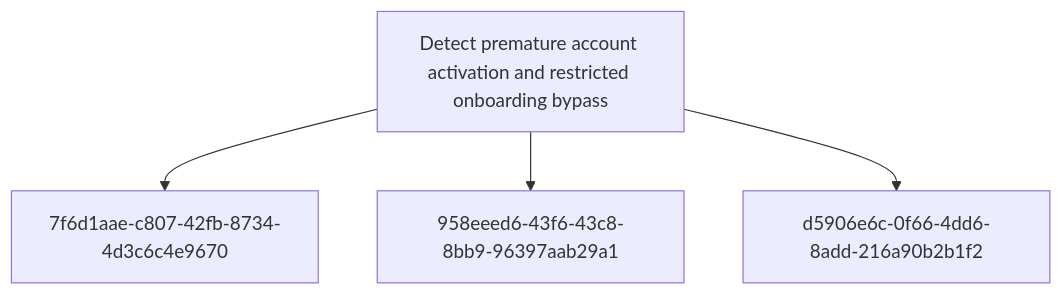
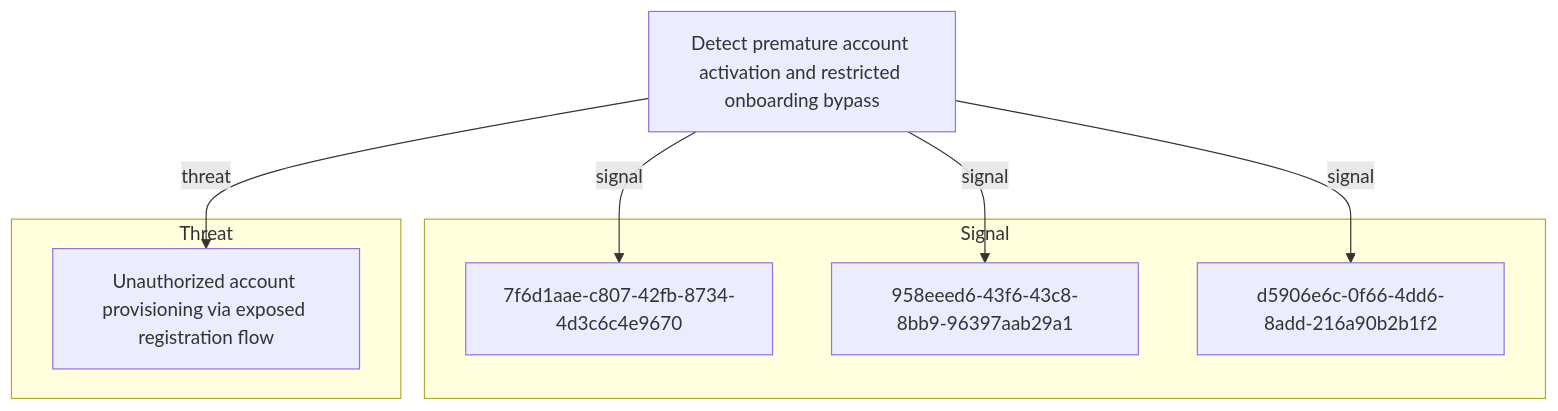
One commit to opentidehq/library changed the diagram in docs/objectives/detect-premature-account-activation-and-restricted-onboarding-bypass.md. Above: the diagram before and after it, drawn with Mermaid. The commit also changed other lines of this file and 277 other files, not shown here.

````diff
--- a/docs/objectives/detect-premature-account-activation-and-restricted-onboarding-bypass.md
+++ b/docs/objectives/detect-premature-account-activation-and-restricted-onboarding-bypass.md
@@ -50,10 +105,16 @@
 ```mermaid
 flowchart TB
-3a73c153_abd7_40cd_86a5_4d57a42b9a44["Detect premature account activation and restricted onboarding bypass"]
+subgraph "Signal"
 7f6d1aae_c807_42fb_8734_4d3c6c4e9670["7f6d1aae-c807-42fb-8734-4d3c6c4e9670"]
 958eeed6_43f6_43c8_8bb9_96397aab29a1["958eeed6-43f6-43c8-8bb9-96397aab29a1"]
 d5906e6c_0f66_4dd6_8add_216a90b2b1f2["d5906e6c-0f66-4dd6-8add-216a90b2b1f2"]
-3a73c153_abd7_40cd_86a5_4d57a42b9a44 --> 7f6d1aae_c807_42fb_8734_4d3c6c4e9670
-3a73c153_abd7_40cd_86a5_4d57a42b9a44 --> 958eeed6_43f6_43c8_8bb9_96397aab29a1
-3a73c153_abd7_40cd_86a5_4d57a42b9a44 --> d5906e6c_0f66_4dd6_8add_216a90b2b1f2
+end
+subgraph "Threat"
+3d7dada6_5f9d_4f67_952e_faa2ab794fde["Unauthorized account provisioning via exposed registration flow"]
+end
+3a73c153_abd7_40cd_86a5_4d57a42b9a44["Detect premature account activation and restricted onboarding bypass"]
+3a73c153_abd7_40cd_86a5_4d57a42b9a44 -->|signal| 7f6d1aae_c807_42fb_8734_4d3c6c4e9670
+3a73c153_abd7_40cd_86a5_4d57a42b9a44 -->|signal| 958eeed6_43f6_43c8_8bb9_96397aab29a1
+3a73c153_abd7_40cd_86a5_4d57a42b9a44 -->|signal| d5906e6c_0f66_4dd6_8add_216a90b2b1f2
+3a73c153_abd7_40cd_86a5_4d57a42b9a44 -->|threat| 3d7dada6_5f9d_4f67_952e_faa2ab794fde
 ```
````
